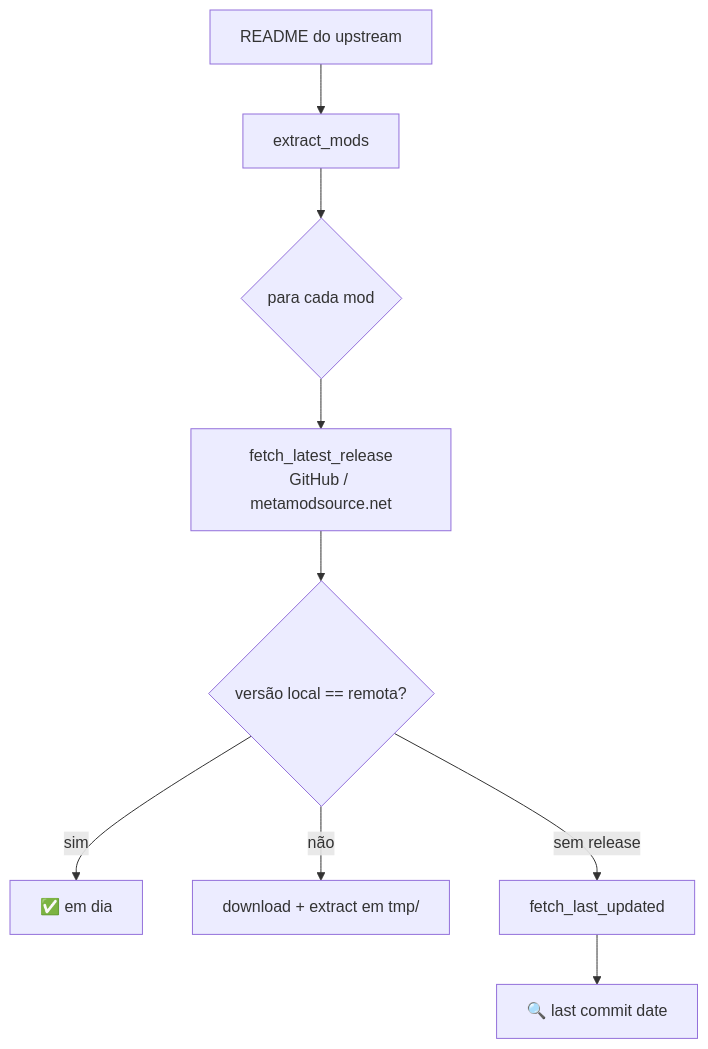
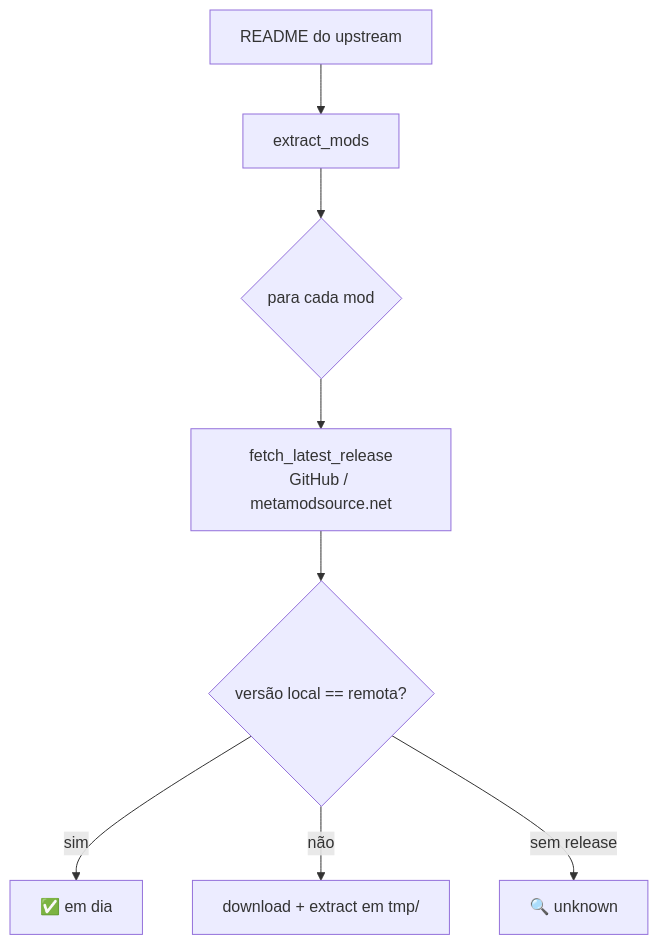
The second of 2 diagrams in docs/07-scripts.md (vinnedev/cs2-linux-server), drawn with Mermaid before and after one commit. The commit also changed other lines of this file and 92 other files, not shown here.

````diff
--- a/docs/07-scripts.md
+++ b/docs/07-scripts.md
@@ -47,11 +47,10 @@
 ```mermaid
 flowchart TD
     README[README do upstream] --> Extract[extract_mods]
     Extract --> Loop{para cada mod}
     Loop --> Fetch[fetch_latest_release<br/>GitHub / metamodsource.net]
     Fetch --> Compare{versão local == remota?}
     Compare -- sim --> OK[✅ em dia]
     Compare -- não --> DL[download + extract em tmp/]
-    Compare -- sem release --> LastCommit[fetch_last_updated]
-    LastCommit --> Report[🔍 last commit date]
+    Compare -- sem release --> Report[🔍 unknown]
 ```
````
